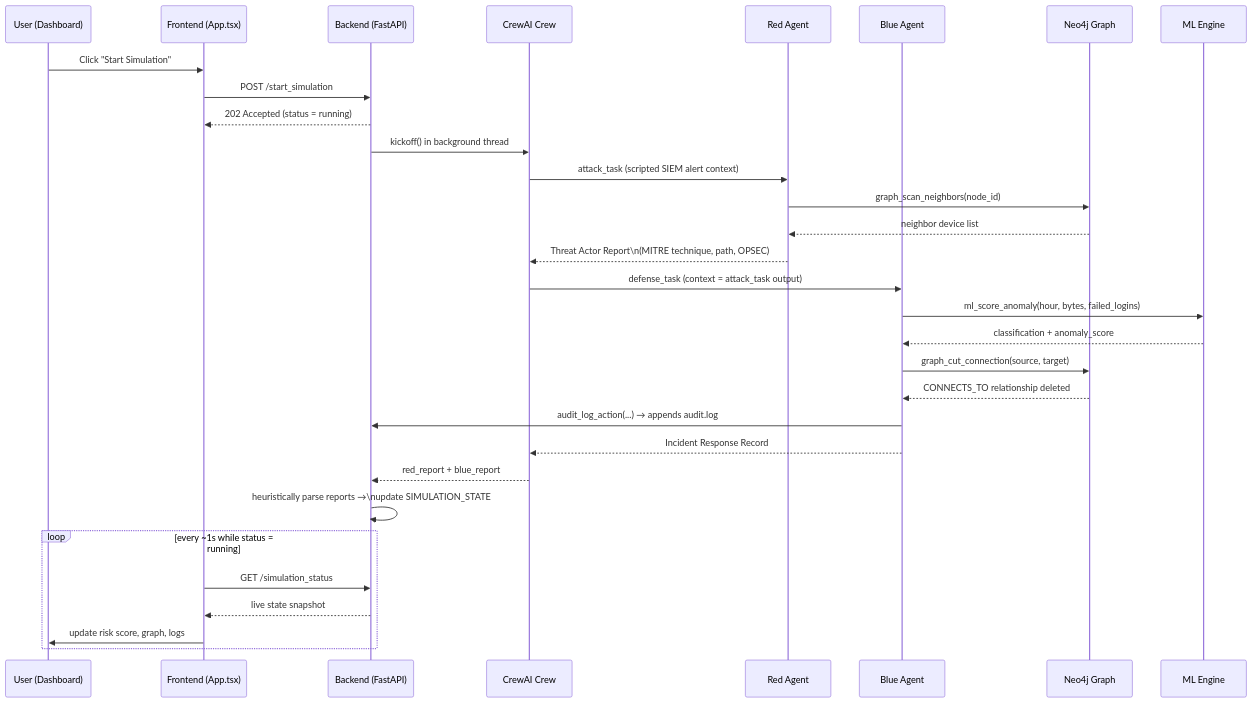
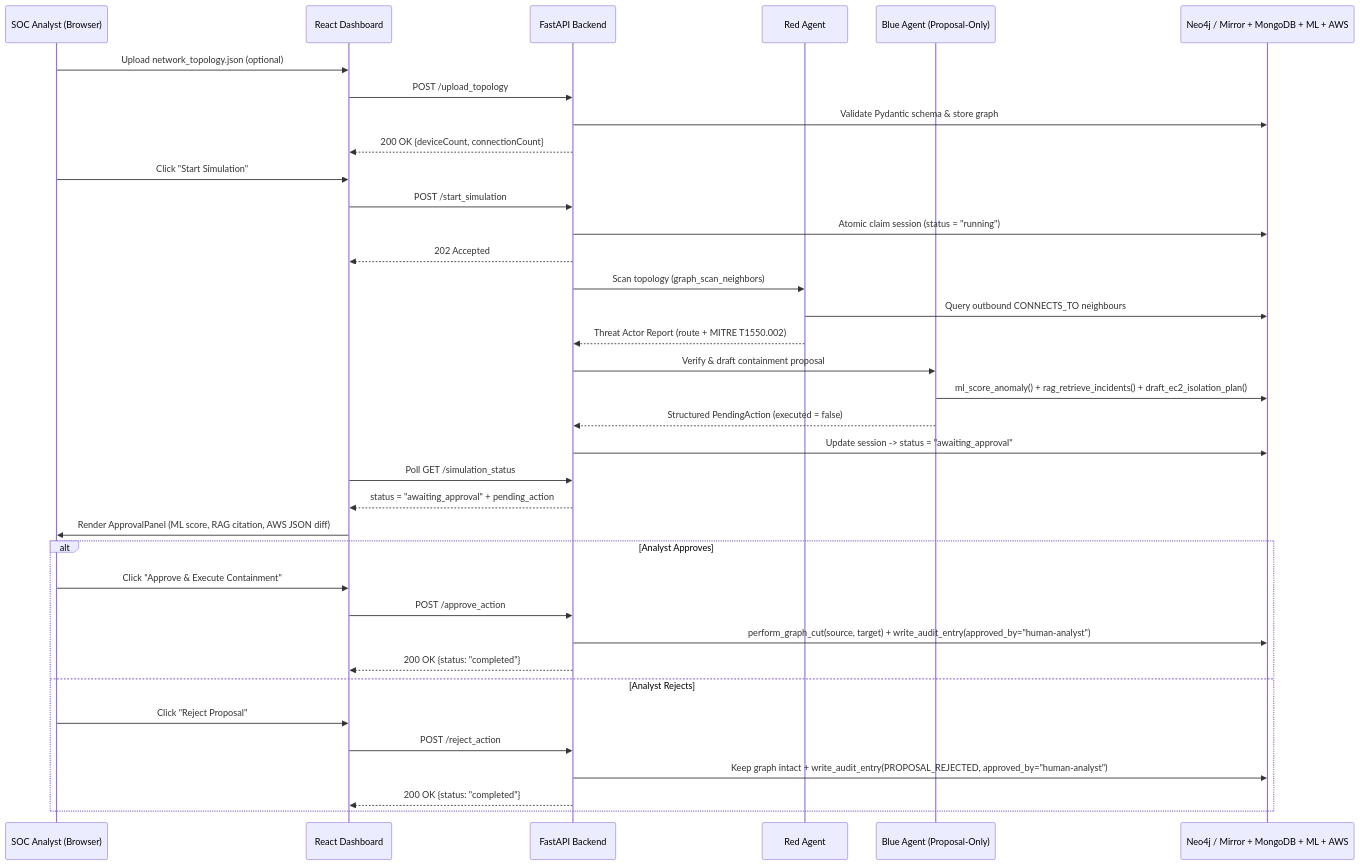
Before and after one commit to thestethoguy/Project_Chronos: the second of 3 diagrams in README.md, drawn with Mermaid. The commit also changed other lines of this file and 65 other files, not shown here.

Commit message:
feat(phase-2): integrate custom topology upload, MongoDB persistence, RAG pipeline, HITL approval gate, AWS remediation tools, and SOC Copilot

````diff
--- a/README.md
+++ b/README.md
@@ -117,38 +102,44 @@
 ```mermaid
 sequenceDiagram
-    participant U as User (Dashboard)
-    participant FE as Frontend (App.tsx)
-    participant BE as Backend (FastAPI)
-    participant CR as CrewAI Crew
+    participant A as SOC Analyst (Browser)
+    participant FE as React Dashboard
+    participant BE as FastAPI Backend
     participant RA as Red Agent
-    participant BA as Blue Agent
-    participant N4 as Neo4j Graph
-    participant ML as ML Engine
+    participant BA as Blue Agent (Proposal-Only)
+    participant DB as Neo4j / Mirror + MongoDB + ML + AWS
 
-    U->>FE: Click "Start Simulation"
+    A->>FE: Upload network_topology.json (optional)
+    FE->>BE: POST /upload_topology
+    BE->>DB: Validate Pydantic schema & store graph
+    BE-->>FE: 200 OK {deviceCount, connectionCount}
+
+    A->>FE: Click "Start Simulation"
     FE->>BE: POST /start_simulation
-    BE-->>FE: 202 Accepted (status = running)
-    BE->>CR: kickoff() in background thread
+    BE->>DB: Atomic claim session (status = "running")
+    BE-->>FE: 202 Accepted
 
-    CR->>RA: attack_task (scripted SIEM alert context)
-    RA->>N4: graph_scan_neighbors(node_id)
-    N4-->>RA: neighbor device list
-    RA-->>CR: Threat Actor Report\n(MITRE technique, path, OPSEC)
+    BE->>RA: Scan topology (graph_scan_neighbors)
+    RA->>DB: Query outbound CONNECTS_TO neighbours
+    RA-->>BE: Threat Actor Report (route + MITRE T1550.002)
 
-    CR->>BA: defense_task (context = attack_task output)
-    BA->>ML: ml_score_anomaly(hour, bytes, failed_logins)
-    ML-->>BA: classification + anomaly_score
-    BA->>N4: graph_cut_connection(source, target)
-    N4-->>BA: CONNECTS_TO relationship deleted
-    BA->>BE: audit_log_action(...) → appends audit.log
-    BA-->>CR: Incident Response Record
+    BE->>BA: Verify & draft containment proposal
+    BA->>DB: ml_score_anomaly() + rag_retrieve_incidents() + draft_ec2_isolation_plan()
+    BA-->>BE: Structured PendingAction (executed = false)
+    BE->>DB: Update session -> status = "awaiting_approval"
 
-    CR-->>BE: red_report + blue_report
-    BE->>BE: heuristically parse reports →\nupdate SIMULATION_STATE
+    FE->>BE: Poll GET /simulation_status
+    BE-->>FE: status = "awaiting_approval" + pending_action
+    FE->>A: Render ApprovalPanel (ML score, RAG citation, AWS JSON diff)
 
-    loop every ~1s while status = running
-        FE->>BE: GET /simulation_status
-        BE-->>FE: live state snapshot
-        FE->>U: update risk score, graph, logs
+    alt Analyst Approves
+        A->>FE: Click "Approve & Execute Containment"
+        FE->>BE: POST /approve_action
+        BE->>DB: perform_graph_cut(source, target) + write_audit_entry(approved_by="human-analyst")
+        BE-->>FE: 200 OK {status: "completed"}
+    else Analyst Rejects
+        A->>FE: Click "Reject Proposal"
+        FE->>BE: POST /reject_action
+        BE->>DB: Keep graph intact + write_audit_entry(PROPOSAL_REJECTED, approved_by="human-analyst")
+        BE-->>FE: 200 OK {status: "completed"}
     end
 ```
````
